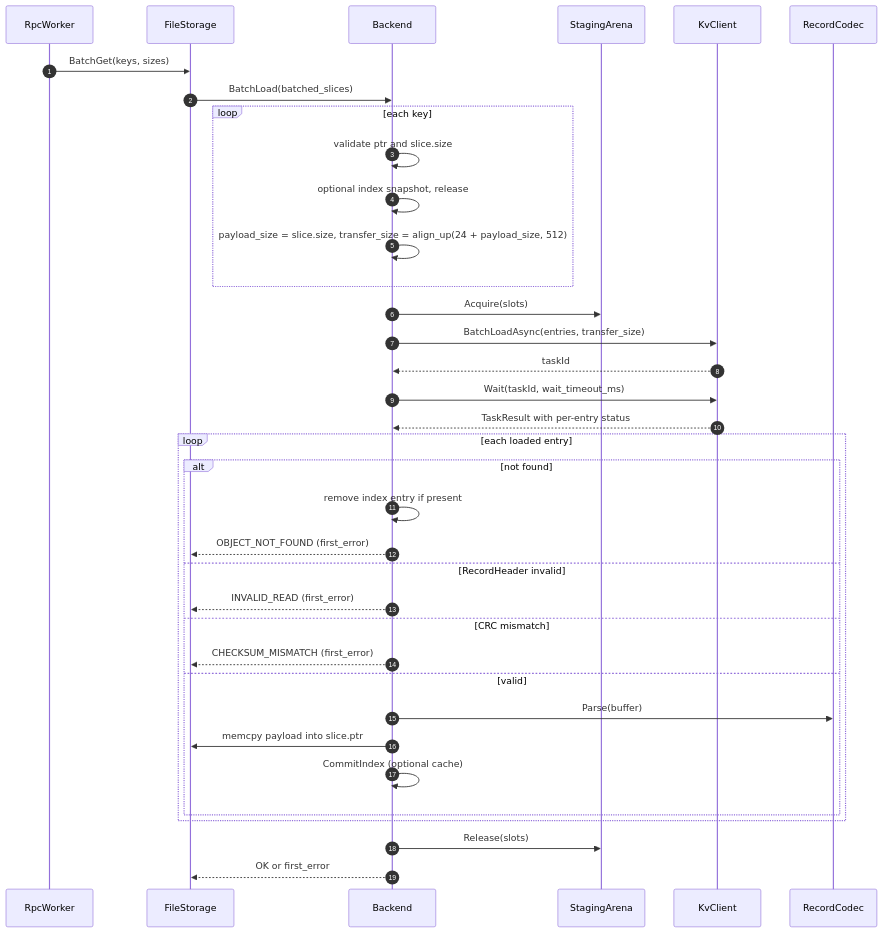
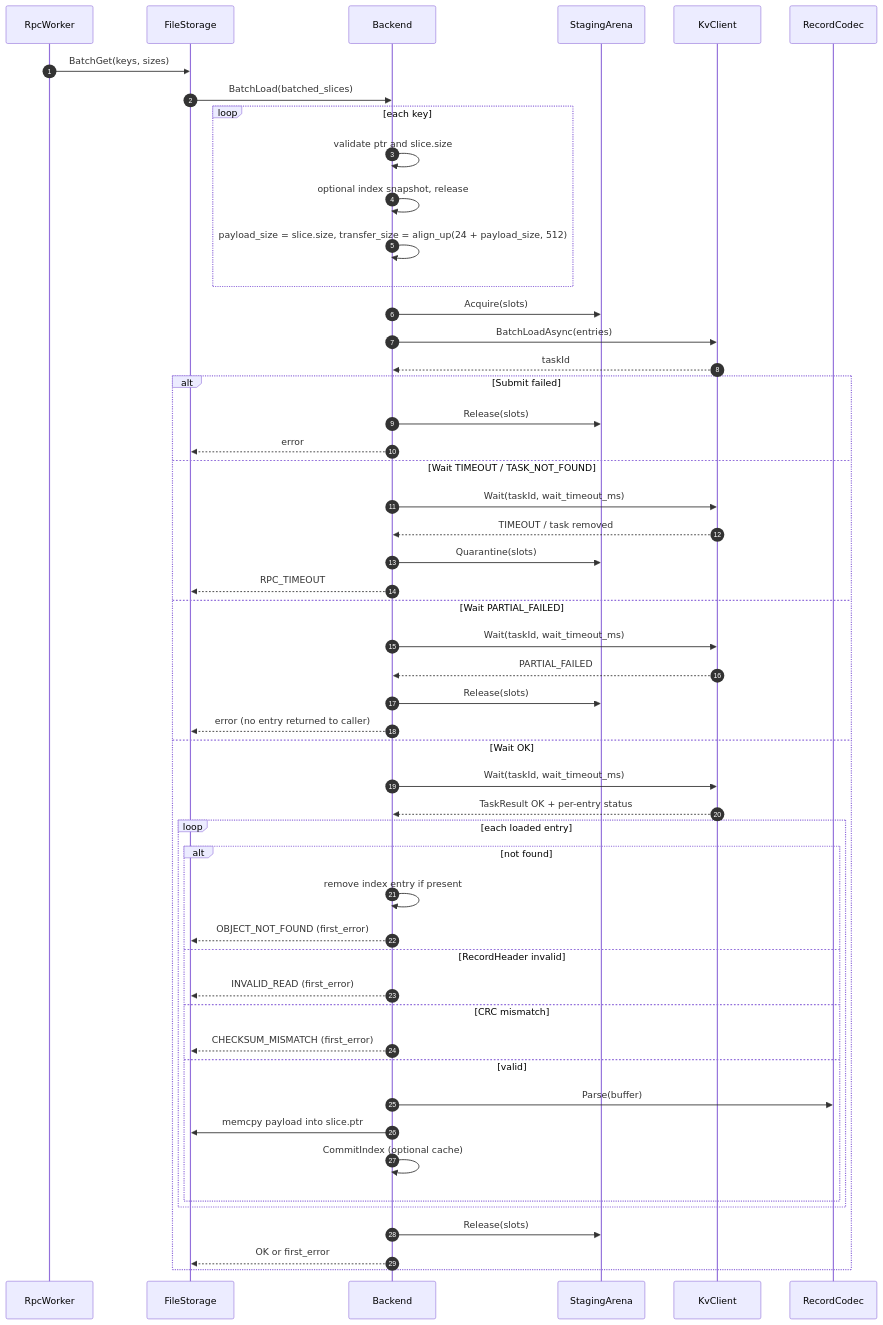
Before and after one commit to zwj20000328-dotcom/Mooncake-documents: the ninth of 14 diagrams in kv-client-storage-backend.md, drawn with Mermaid. The commit also changed other lines of this file and 2 other files, not shown here.

````diff
--- a/kv-client-storage-backend.md
+++ b/kv-client-storage-backend.md
@@ -1136,43 +1259,57 @@
 ```mermaid
 sequenceDiagram
     autonumber
     participant RPC as RpcWorker
     participant FS as FileStorage
     participant BE as Backend
     participant SA as StagingArena
     participant KC as KvClient
     participant RC as RecordCodec
 
     RPC->>FS: BatchGet(keys, sizes)
     FS->>BE: BatchLoad(batched_slices)
 
     loop each key
         BE->>BE: validate ptr and slice.size
         BE->>BE: optional index snapshot, release
         BE->>BE: payload_size = slice.size, transfer_size = align_up(24 + payload_size, 512)
     end
 
     BE->>SA: Acquire(slots)
-    BE->>KC: BatchLoadAsync(entries, transfer_size)
+    BE->>KC: BatchLoadAsync(entries)
     KC-->>BE: taskId
-    BE->>KC: Wait(taskId, wait_timeout_ms)
-    KC-->>BE: TaskResult with per-entry status
 
-    loop each loaded entry
-        alt not found
-            BE->>BE: remove index entry if present
-            BE-->>FS: OBJECT_NOT_FOUND (first_error)
-        else RecordHeader invalid
-            BE-->>FS: INVALID_READ (first_error)
-        else CRC mismatch
-            BE-->>FS: CHECKSUM_MISMATCH (first_error)
-        else valid
-            BE->>RC: Parse(buffer)
-            BE->>FS: memcpy payload into slice.ptr
-            BE->>BE: CommitIndex (optional cache)
+    alt Submit failed
+        BE->>SA: Release(slots)
+        BE-->>FS: error
+    else Wait TIMEOUT / TASK_NOT_FOUND
+        BE->>KC: Wait(taskId, wait_timeout_ms)
+        KC-->>BE: TIMEOUT / task removed
+        BE->>SA: Quarantine(slots)
+        BE-->>FS: RPC_TIMEOUT
+    else Wait PARTIAL_FAILED
+        BE->>KC: Wait(taskId, wait_timeout_ms)
+        KC-->>BE: PARTIAL_FAILED
+        BE->>SA: Release(slots)
+        BE-->>FS: error (no entry returned to caller)
+    else Wait OK
+        BE->>KC: Wait(taskId, wait_timeout_ms)
+        KC-->>BE: TaskResult OK + per-entry status
+        loop each loaded entry
+            alt not found
+                BE->>BE: remove index entry if present
+                BE-->>FS: OBJECT_NOT_FOUND (first_error)
+            else RecordHeader invalid
+                BE-->>FS: INVALID_READ (first_error)
+            else CRC mismatch
+                BE-->>FS: CHECKSUM_MISMATCH (first_error)
+            else valid
+                BE->>RC: Parse(buffer)
+                BE->>FS: memcpy payload into slice.ptr
+                BE->>BE: CommitIndex (optional cache)
+            end
         end
+        BE->>SA: Release(slots)
+        BE-->>FS: OK or first_error
     end
-
-    BE->>SA: Release(slots)
-    BE-->>FS: OK or first_error
 ```
````
